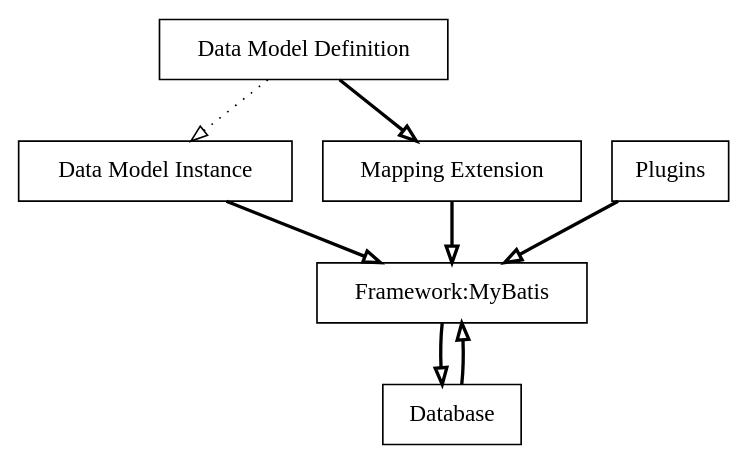
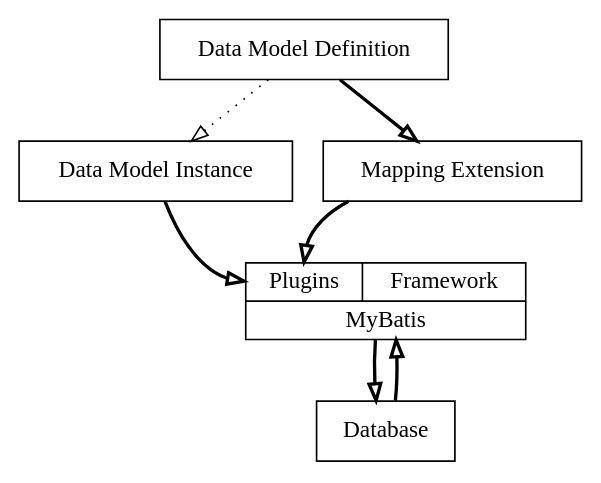
Before and after one commit to samcia1988/OrmBasedOnMyBatis: the diagram in diagram/Design.dot, drawn with Graphviz. The commit also changed 2 other files, not shown here.

```diff
--- a/diagram/Design.dot
+++ b/diagram/Design.dot
@@ -1,77 +1,67 @@
 digraph G{  
     node[  
         shape="record"  
     ]
     DataModelDefinition[
         label="{Data Model Definition}"
     ]
 
     DataModelInstance[
         label="{Data Model Instance}"
     ]
 
     MappingExtension[
         label="{Mapping Extension}"
     ]
 
     MyBatis[
-        label="{Framework:MyBatis}"
+        label="{{<P>Plugins|Framework}|MyBatis}"
     ]
 
     Database[
         label="{Database}"
     ]
-
-    Plugins{
-        label="{Plugins:MyBatis}"
-    }
    
     edge[  
         arrowhead="empty"
         style="bold"
         label=""  
     ]
     DataModelDefinition->MappingExtension
 
     edge[
         arrowhead="empty"
         style="bold"
         label=""
     ]
-    DataModelInstance->MyBatis
+    DataModelInstance->MyBatis:P
 
     edge[
         arrowhead="empty"
         style="bold"
         label=""
     ]
-    MappingExtension->MyBatis
+    MappingExtension->MyBatis:P
     
     edge[
         arrowhead="empty"
         style="bold"
         label=""
     ]
     MyBatis->Database
 
     edge[
         arrowhead="empty"
         style="bold"
         label=""
     ]
     Database->MyBatis
 
     edge[
         arrowhead="empty"
         style="dotted"
         label=""
     ]
     DataModelDefinition->DataModelInstance
 
-    edge[
-        arrowhead="empty"
-        style="bold"
-        label=""
-    ]
-    Plugins->MyBatis
 }  
```
